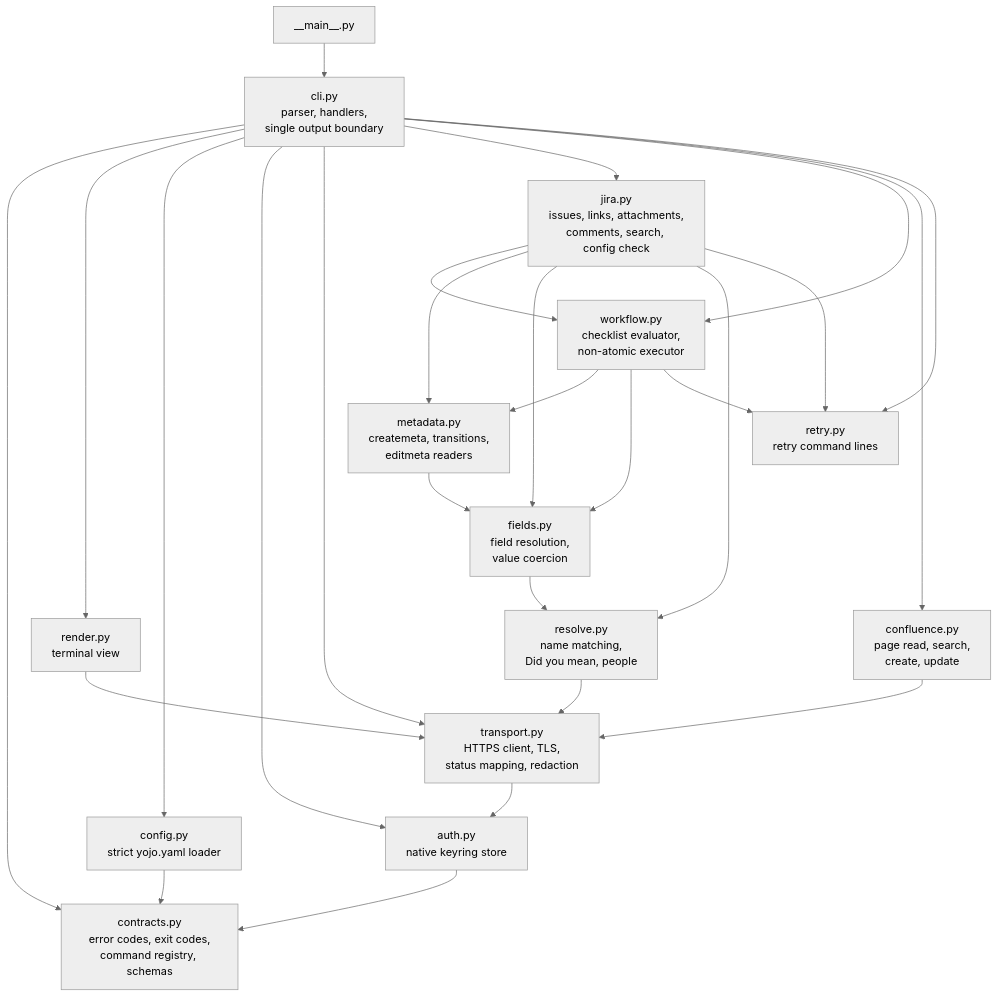
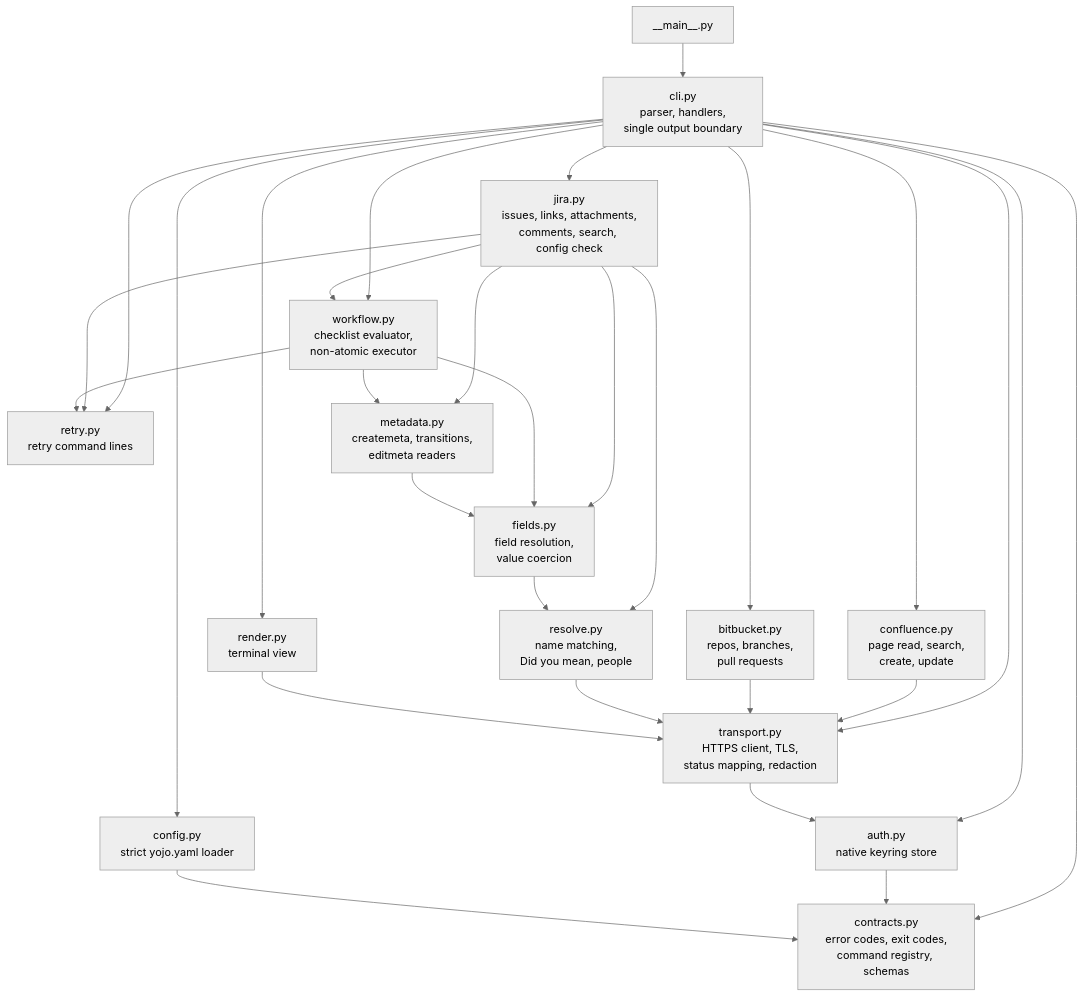
One commit to calvinware/atlass-cli changed the diagram in docs/contributing.md. Above: the diagram before and after it, drawn with Mermaid (neutral theme). The commit also changed other lines of this file and 41 other files, not shown here.

````diff
--- a/docs/contributing.md
+++ b/docs/contributing.md
@@ -33,31 +33,33 @@
 ```mermaid
 flowchart TD
     main["__main__.py"] --> cli
     cli["cli.py<br/>parser, handlers,<br/>single output boundary"] --> contracts
     cli --> render
     cli --> config
     cli --> auth
     cli --> transport
     cli --> jira
+    cli --> bitbucket
     cli --> workflow
     cli --> confluence
     cli --> retry
     jira["jira.py<br/>issues, links, attachments,<br/>comments, search, config check"] --> workflow
     jira --> metadata
     jira --> fields
     jira --> resolve
     jira --> retry
     workflow["workflow.py<br/>checklist evaluator,<br/>non-atomic executor"] --> metadata
     workflow --> fields
     workflow --> retry
     confluence["confluence.py<br/>page read, search,<br/>create, update"] --> transport
+    bitbucket["bitbucket.py<br/>repos, branches,<br/>pull requests"] --> transport
     metadata["metadata.py<br/>createmeta, transitions,<br/>editmeta readers"] --> fields
     fields["fields.py<br/>field resolution,<br/>value coercion"] --> resolve
     resolve["resolve.py<br/>name matching,<br/>Did you mean, people"] --> transport
     retry["retry.py<br/>retry command lines"]
     render["render.py<br/>terminal view"] --> transport
     transport["transport.py<br/>HTTPS client, TLS,<br/>status mapping, redaction"] --> auth
     auth["auth.py<br/>native keyring store"] --> contracts
     config["config.py<br/>strict yojo.yaml loader"] --> contracts
     contracts["contracts.py<br/>error codes, exit codes,<br/>command registry, schemas"]
 ```
````
